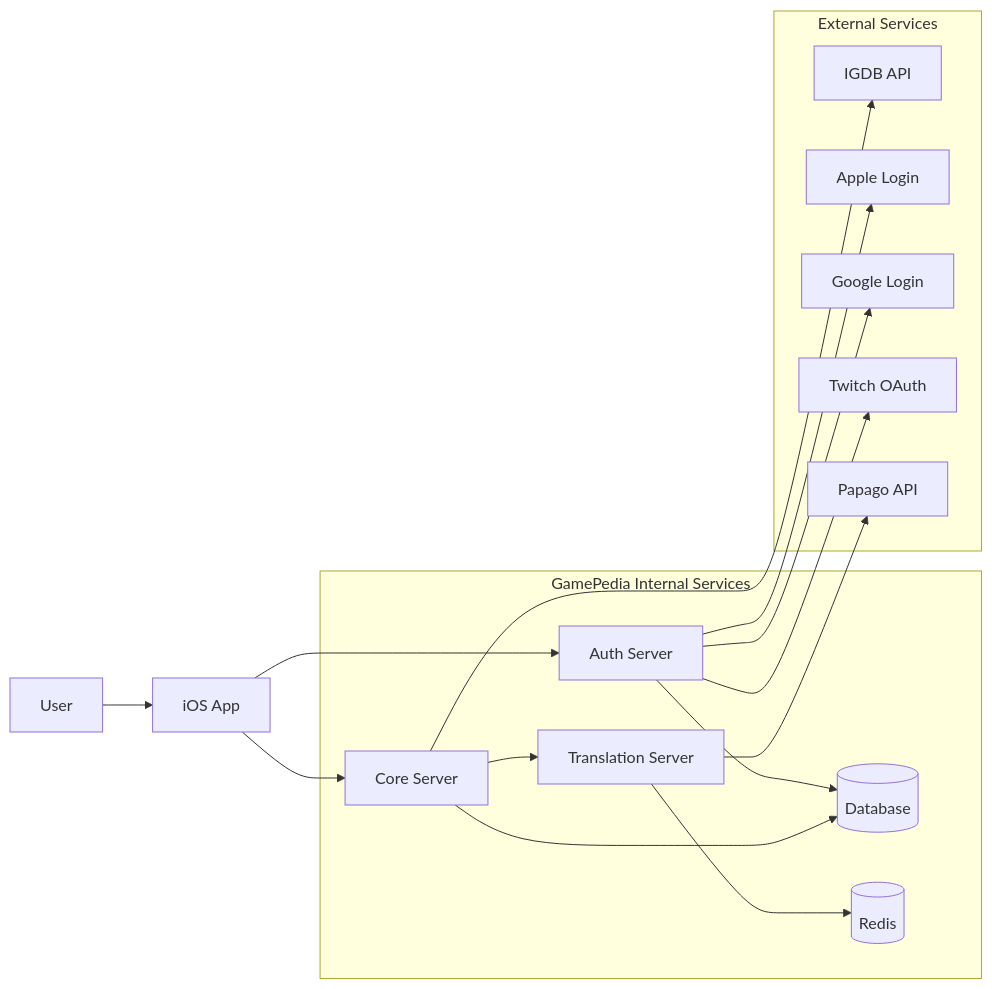
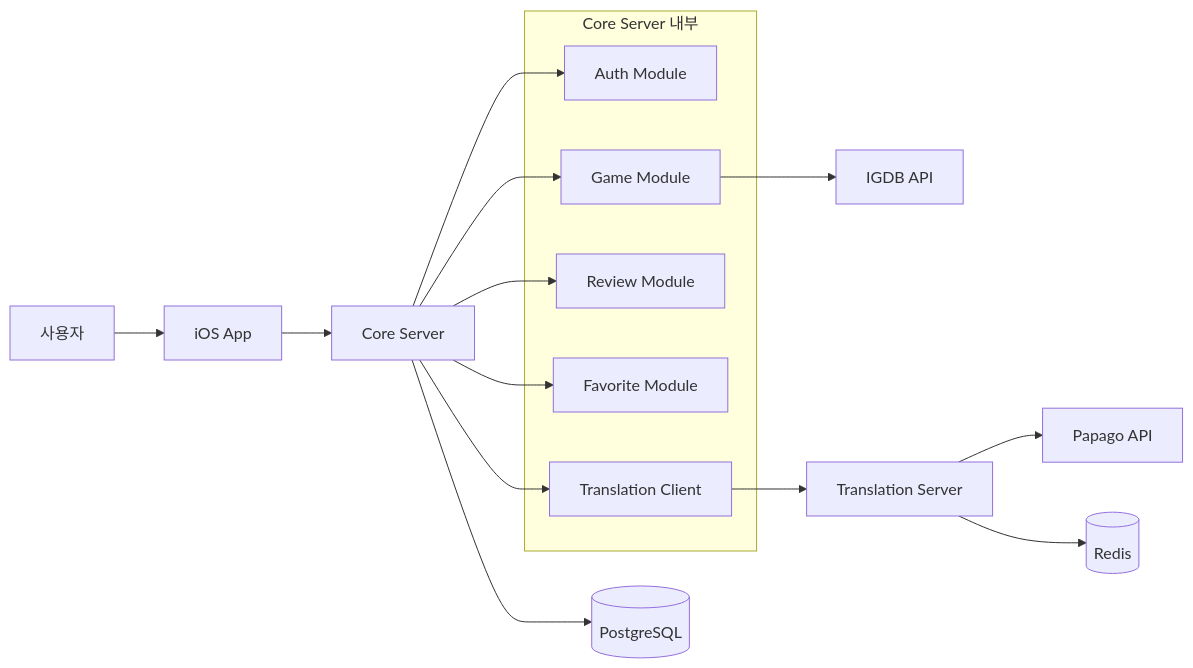
Before and after one commit to HwangSeokBeom/GamePediaDocs: the first of 2 diagrams in docs/01-architecture/system-architecture.md, drawn with Mermaid. The commit also changed other lines of this file and 8 other files, not shown here.

Commit message:
Update architecture docs and add branch strategy

````diff
--- a/docs/01-architecture/system-architecture.md
+++ b/docs/01-architecture/system-architecture.md
@@ -50,33 +42,25 @@
 ```mermaid
 flowchart LR
-    User[User] --> App[iOS App]
+    User[사용자] --> App[iOS App]
+    App --> Core[Core Server]
 
-    subgraph Internal[GamePedia Internal Services]
-        Auth[Auth Server]
-        Core[Core Server]
-        Translation[Translation Server]
-        DB[(Database)]
-        Redis[(Redis)]
+    subgraph CoreModules[Core Server 내부]
+        Auth[Auth Module]
+        Game[Game Module]
+        Review[Review Module]
+        Favorite[Favorite Module]
+        TranslationClient[Translation Client]
     end
 
-    subgraph External[External Services]
-        IGDB[IGDB API]
-        Apple[Apple Login]
-        Google[Google Login]
-        Twitch[Twitch OAuth]
-        Papago[Papago API]
-    end
+    Core --> Auth
+    Core --> Game
+    Core --> Review
+    Core --> Favorite
+    Core --> TranslationClient
 
-    App --> Auth
-    App --> Core
-    Core --> Translation
-    Auth --> DB
-    Core --> DB
-    Translation --> Redis
-
-    Core --> IGDB
-    Auth --> Apple
-    Auth --> Google
-    Auth --> Twitch
-    Translation --> Papago
+    Game --> IGDB[IGDB API]
+    TranslationClient --> Translation[Translation Server]
+    Translation --> Papago[Papago API]
+    Translation --> Redis[(Redis)]
+    Core --> Postgres[(PostgreSQL)]
 ```
````
